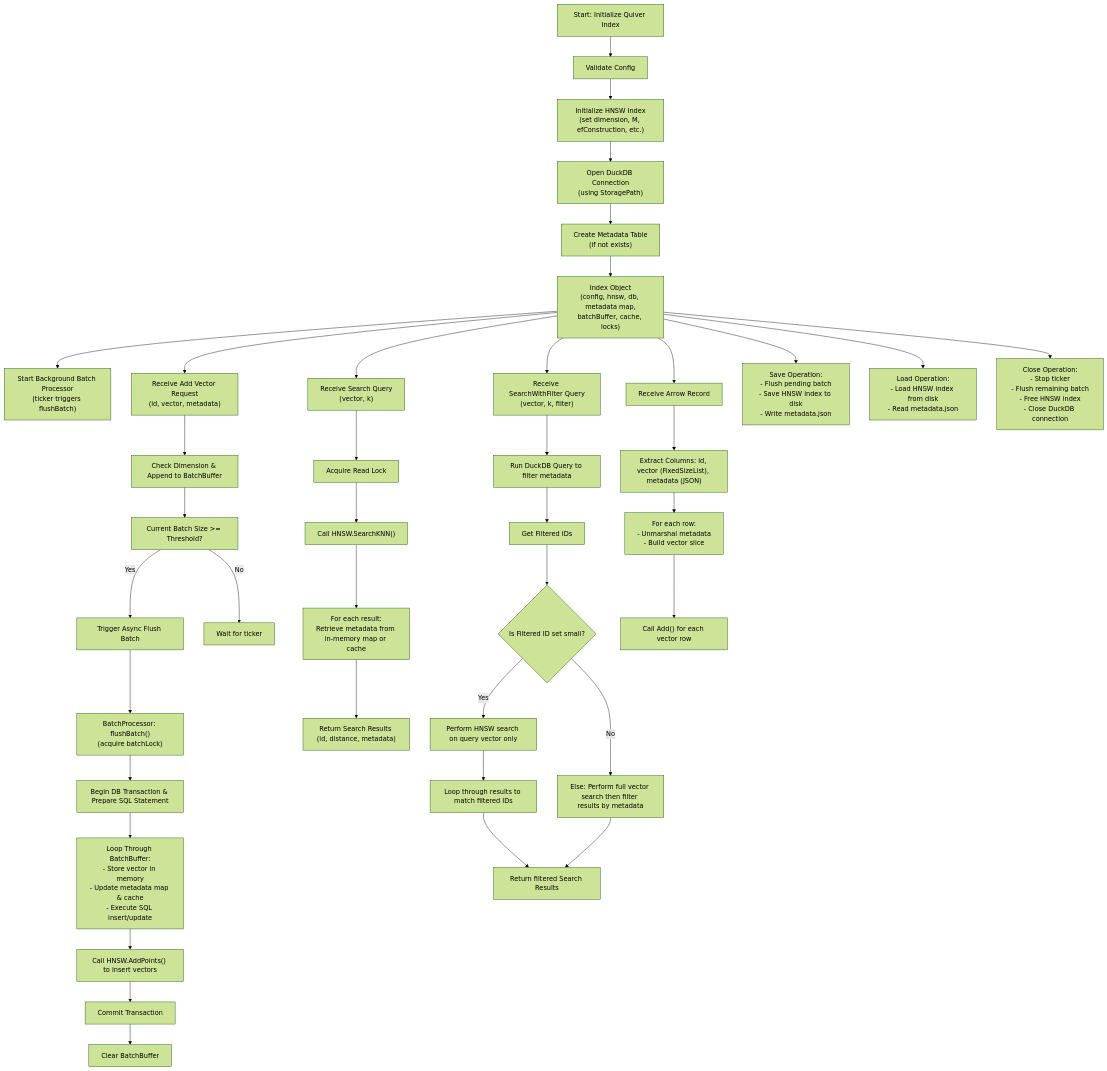
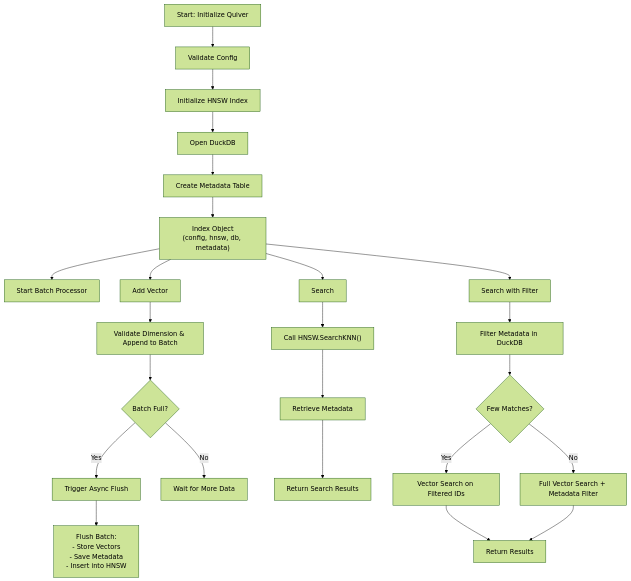
Before and after one commit to TFMV/quiver: the diagram in README.md, drawn with Mermaid (forest theme). The commit also changed other lines of this file, not shown here.

Commit message:
Quiver v3.0

````diff
--- a/README.md
+++ b/README.md
@@ -16,95 +16,44 @@
 ```mermaid
 flowchart TD
-  %% Initialization Sequence
-  A["Start: Initialize Quiver Index"]
+  A["Start: Initialize Quiver"]
   B["Validate Config"]
-  C["Initialize HNSW Index\n(set dimension, M, efConstruction, etc.)"]
-  D["Open DuckDB Connection\n(using StoragePath)"]
-  E["Create Metadata Table\n(if not exists)"]
-  F["Index Object\n(config, hnsw, db, metadata map,\nbatchBuffer, cache, locks)"]
-  G["Start Background Batch Processor\n(ticker triggers flushBatch)"]
+  C["Initialize HNSW Index"]
+  D["Open DuckDB"]
+  E["Create Metadata Table"]
+  F["Index Object\n(config, hnsw, db, metadata)"]
+  G["Start Batch Processor"]
 
-  A --> B
-  B --> C
-  C --> D
-  D --> E
-  E --> F
-  F --> G
+  A --> B --> C --> D --> E --> F --> G
 
-  %% Vector Insertion Flow
-  H["Receive Add Vector Request\n(id, vector, metadata)"]
-  I["Check Dimension & Append to BatchBuffer"]
-  J["Current Batch Size >= Threshold?"]
-  K["Trigger Async Flush Batch"]
-  L["BatchProcessor: flushBatch()\n(acquire batchLock)"]
-  M["Begin DB Transaction & Prepare SQL Statement"]
-  N["Loop Through BatchBuffer:\n- Store vector in memory\n- Update metadata map & cache\n- Execute SQL insert/update"]
-  O["Call HNSW.AddPoints() to insert vectors"]
-  P["Commit Transaction"]
-  Q["Clear BatchBuffer"]
+  %% Insert Flow
+  H["Add Vector"]
+  I["Validate Dimension & Append to Batch"]
+  J{"Batch Full?"}
+  K["Trigger Async Flush"]
+  L["Flush Batch:\n- Store Vectors\n- Save Metadata\n- Insert into HNSW"]
+  M["Wait for More Data"]
 
-  F --> H
-  H --> I
-  I --> J
-  J -- Yes --> K
-  J -- No --> end_insertion["Wait for ticker"]
-  K --> L
-  L --> M
-  M --> N
-  N --> O
-  O --> P
-  P --> Q
+  F --> H --> I --> J
+  J -- Yes --> K --> L
+  J -- No --> M
 
-  %% Vector Search Flow
-  R["Receive Search Query\n(vector, k)"]
-  S["Acquire Read Lock"]
-  T["Call HNSW.SearchKNN()"]
-  U["For each result:\nRetrieve metadata from in-memory map or cache"]
-  V["Return Search Results (id, distance, metadata)"]
+  %% Search Flow
+  N["Search"]
+  O["Call HNSW.SearchKNN()"]
+  P["Retrieve Metadata"]
+  Q["Return Search Results"]
 
-  F --> R
-  R --> S
-  S --> T
-  T --> U
-  U --> V
+  F --> N --> O --> P --> Q
 
-  %% Search with Metadata Filter Flow
-  W["Receive SearchWithFilter Query\n(vector, k, filter)"]
-  X["Run DuckDB Query to filter metadata"]
-  Y["Get Filtered IDs"]
-  Z{"Is Filtered ID set small?"}
-  AA["Perform HNSW search on query vector only"]
-  AB["Loop through results to match filtered IDs"]
-  AC["Else: Perform full vector search then filter results by metadata"]
-  AD["Return filtered Search Results"]
+  %% Hybrid Search Flow
+  R["Search with Filter"]
+  S["Filter Metadata in DuckDB"]
+  T{"Few Matches?"}
+  U["Vector Search on Filtered IDs"]
+  V["Return Results"]
+  W["Full Vector Search + Metadata Filter"]
 
-  F --> W
-  W --> X
-  X --> Y
-  Y --> Z
-  Z -- Yes --> AA
-  AA --> AB
-  AB --> AD
-  Z -- No --> AC
-  AC --> AD
-
-  %% Arrow Integration Flow
-  AE["Receive Arrow Record"]
-  AF["Extract Columns: id, vector (FixedSizeList), metadata (JSON)"]
-  AG["For each row:\n- Unmarshal metadata\n- Build vector slice"]
-  AH["Call Add() for each vector row"]
-
-  F --> AE
-  AE --> AF
-  AF --> AG
-  AG --> AH
-
-  %% Persistence and Cleanup
-  AI["Save Operation:\n- Flush pending batch\n- Save HNSW index to disk\n- Write metadata.json"]
-  AJ["Load Operation:\n- Load HNSW index from disk\n- Read metadata.json"]
-  AK["Close Operation:\n- Stop ticker\n- Flush remaining batch\n- Free HNSW index\n- Close DuckDB connection"]
-
-  F --> AI
-  F --> AJ
-  F --> AK
+  F --> R --> S --> T
+  T -- Yes --> U --> V
+  T -- No --> W --> V
 ```
````
